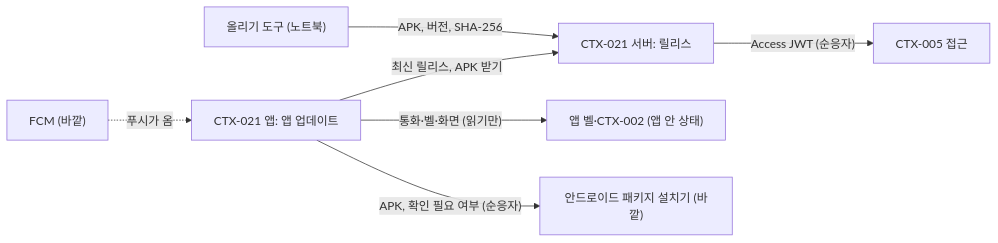
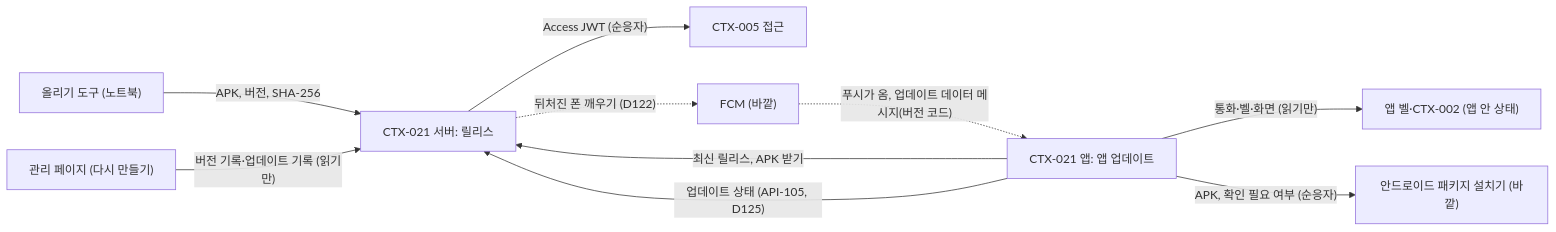
The diagram in docs/01-domain/app-update.md (kodonghui/marong2), drawn with Mermaid before and after one commit. The commit also changed other lines of this file and 17 other files, not shown here.

First line of the commit message:
docs(app-update): 게시 즉시 업데이트와 업데이트 상태 기능 변경 설계 01~12

````diff
--- a/docs/01-domain/app-update.md
+++ b/docs/01-domain/app-update.md
@@ -94,16 +107,19 @@
 ```mermaid
 flowchart LR
   tool["올리기 도구 (노트북)"]
   server["CTX-021 서버: 릴리스"]
   app["CTX-021 앱: 앱 업데이트"]
   ctx5["CTX-005 접근"]
   ring["앱 벨·CTX-002 (앱 안 상태)"]
   pi["안드로이드 패키지 설치기 (바깥)"]
   fcm["FCM (바깥)"]
   tool -->|"APK, 버전, SHA-256"| server
   app -->|"최신 릴리스, APK 받기"| server
   server -->|"Access JWT (순응자)"| ctx5
   app -->|"통화·벨·화면 (읽기만)"| ring
   app -->|"APK, 확인 필요 여부 (순응자)"| pi
-  fcm -.->|"푸시가 옴"| app
+  fcm -.->|"푸시가 옴, 업데이트 데이터 메시지(버전 코드)"| app
+  server -.->|"뒤처진 폰 깨우기 (D122)"| fcm
+  app -->|"업데이트 상태 (API-105, D125)"| server
+  admin["관리 페이지 (다시 만들기)"] -->|"버전 기록·업데이트 기록 (읽기만)"| server
 ```
````
